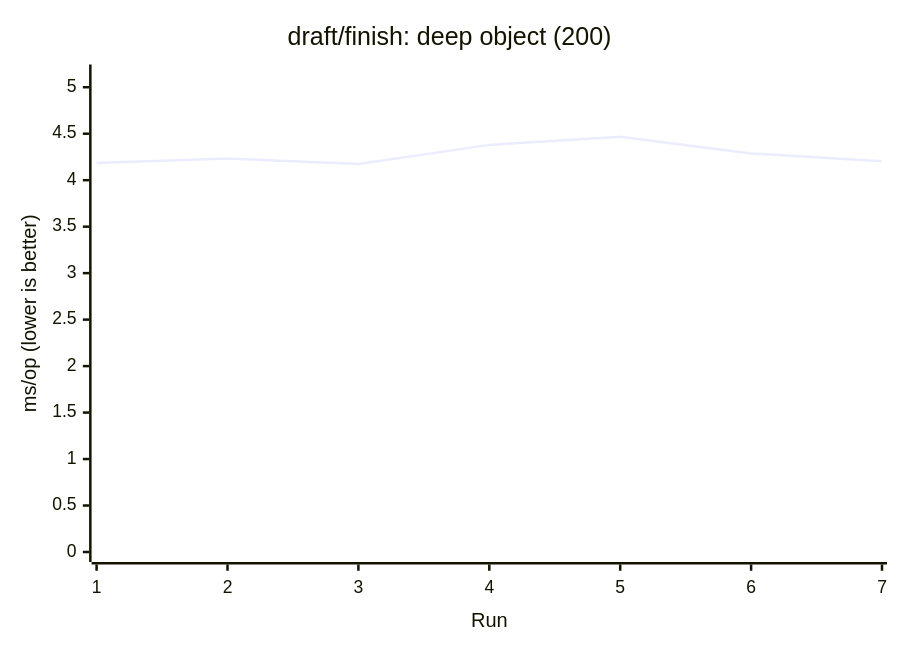
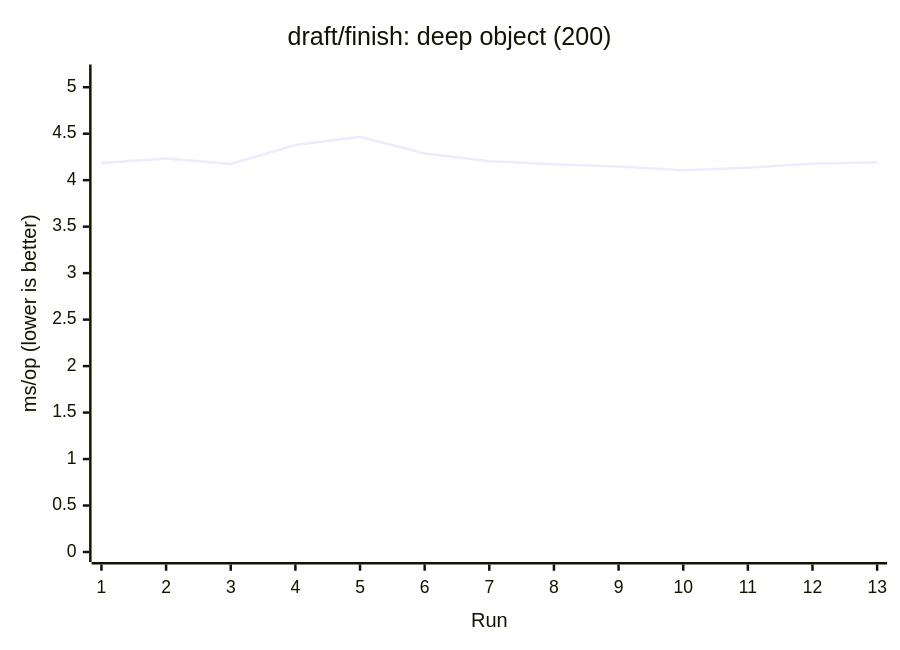
One commit to AIluffy/io changed the eighth of 17 diagrams in apps/docs/src/content/docs/en/guides/benchmark.mdx. Above: the diagram before and after it, drawn with Mermaid. The commit also changed other lines of this file and 11 other files, not shown here.

````diff
--- a/apps/docs/src/content/docs/en/guides/benchmark.mdx
+++ b/apps/docs/src/content/docs/en/guides/benchmark.mdx
@@ -194,7 +281,7 @@
 ```mermaid
 xychart-beta
   title "draft/finish: deep object (200)"
-  x-axis "Run" [1, 2, 3, 4, 5, 6, 7]
+  x-axis "Run" [1, 2, 3, 4, 5, 6, 7, 8, 9, 10, 11, 12, 13]
   y-axis "ms/op (lower is better)" 0 --> 5.1369
-  line [4.1858, 4.2331, 4.1749, 4.3797, 4.4669, 4.2879, 4.2048]
+  line [4.1858, 4.2331, 4.1749, 4.3797, 4.4669, 4.2879, 4.2048, 4.1722, 4.1463, 4.107, 4.135, 4.1764, 4.1937]
 ```
````
